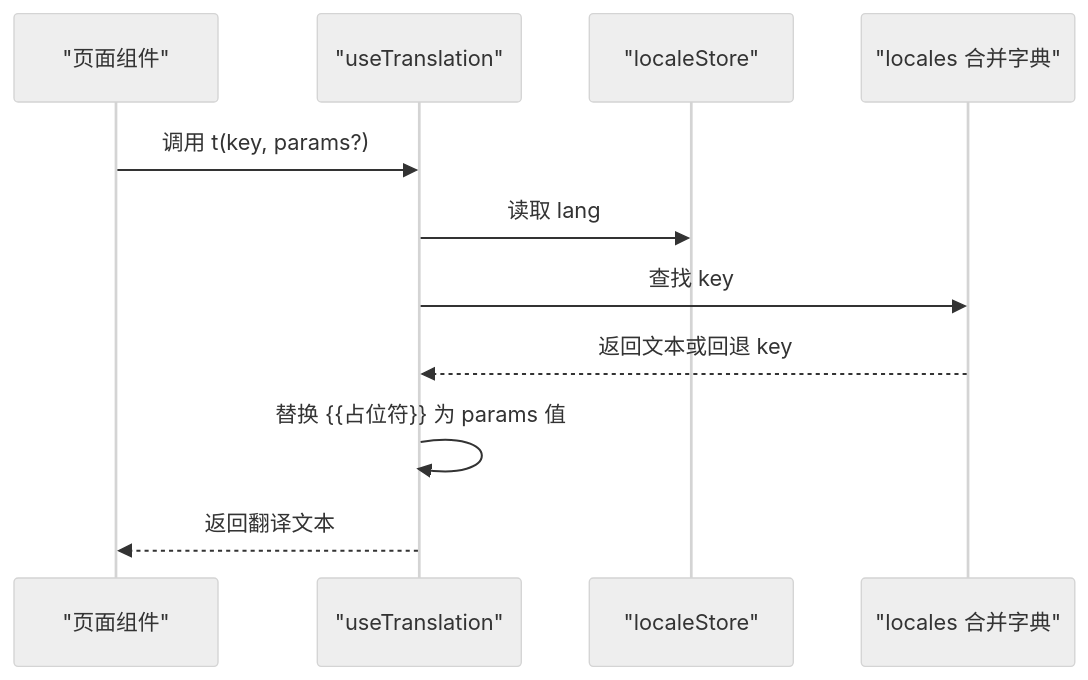
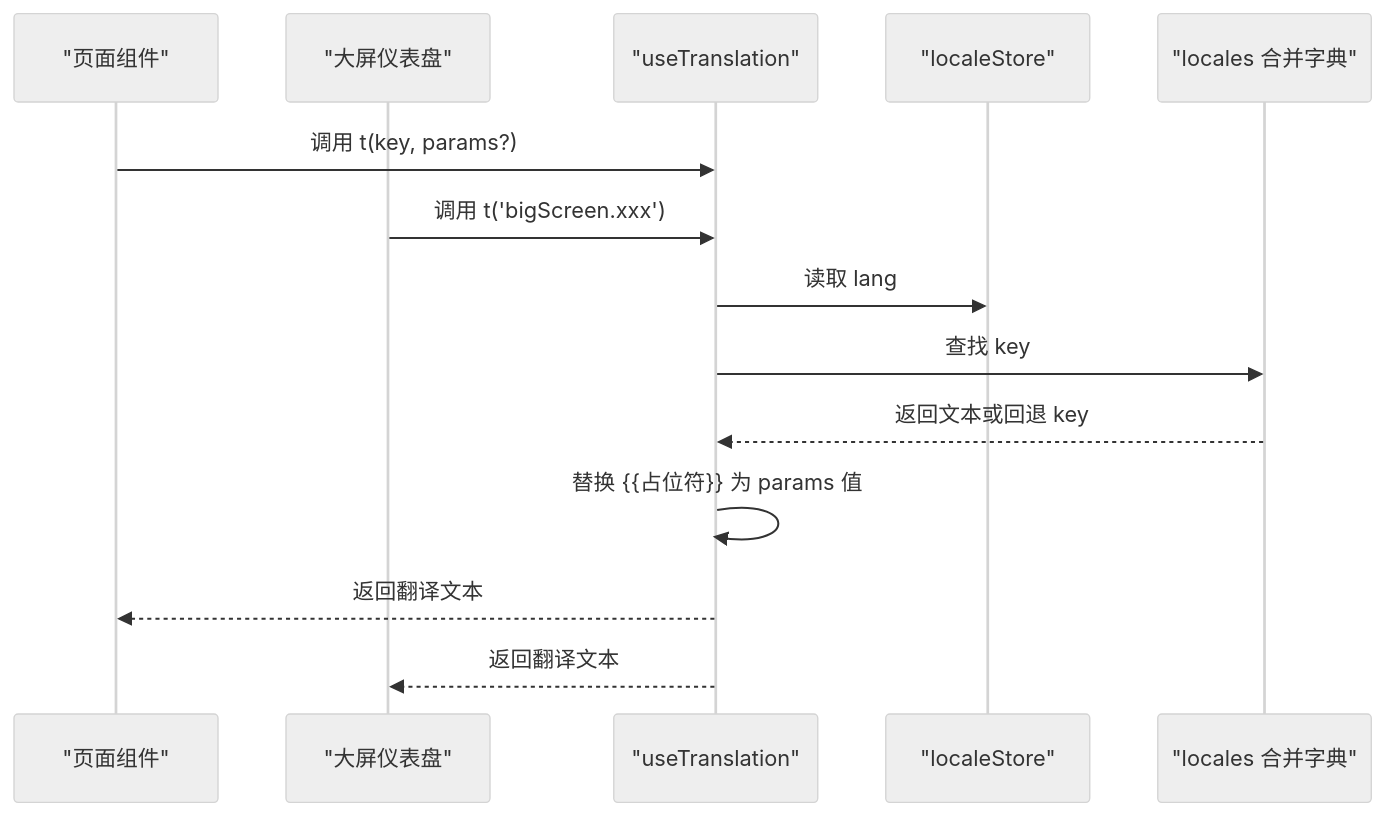
The second of 6 diagrams in .qoder/repowiki/zh/content/管理后台前端/国际化系统.md (mcmrzy/cs_inv_monitor-develop), drawn with Mermaid (neutral theme) before and after one commit. The commit also changed other lines of this file and 28 other files, not shown here.

````diff
--- a/.qoder/repowiki/zh/content/管理后台前端/国际化系统.md
+++ b/.qoder/repowiki/zh/content/管理后台前端/国际化系统.md
@@ -92,13 +125,16 @@
 ```mermaid
 sequenceDiagram
 participant Page as "页面组件"
+participant BigScreen as "大屏仪表盘"
 participant Hook as "useTranslation"
 participant Store as "localeStore"
 participant Dict as "locales 合并字典"
 Page->>Hook : 调用 t(key, params?)
+BigScreen->>Hook : 调用 t('bigScreen.xxx')
 Hook->>Store : 读取 lang
 Hook->>Dict : 查找 key
 Dict-->>Hook : 返回文本或回退 key
 Hook->>Hook : 替换 {{占位符}} 为 params 值
 Hook-->>Page : 返回翻译文本
+Hook-->>BigScreen : 返回翻译文本
 ```
````
